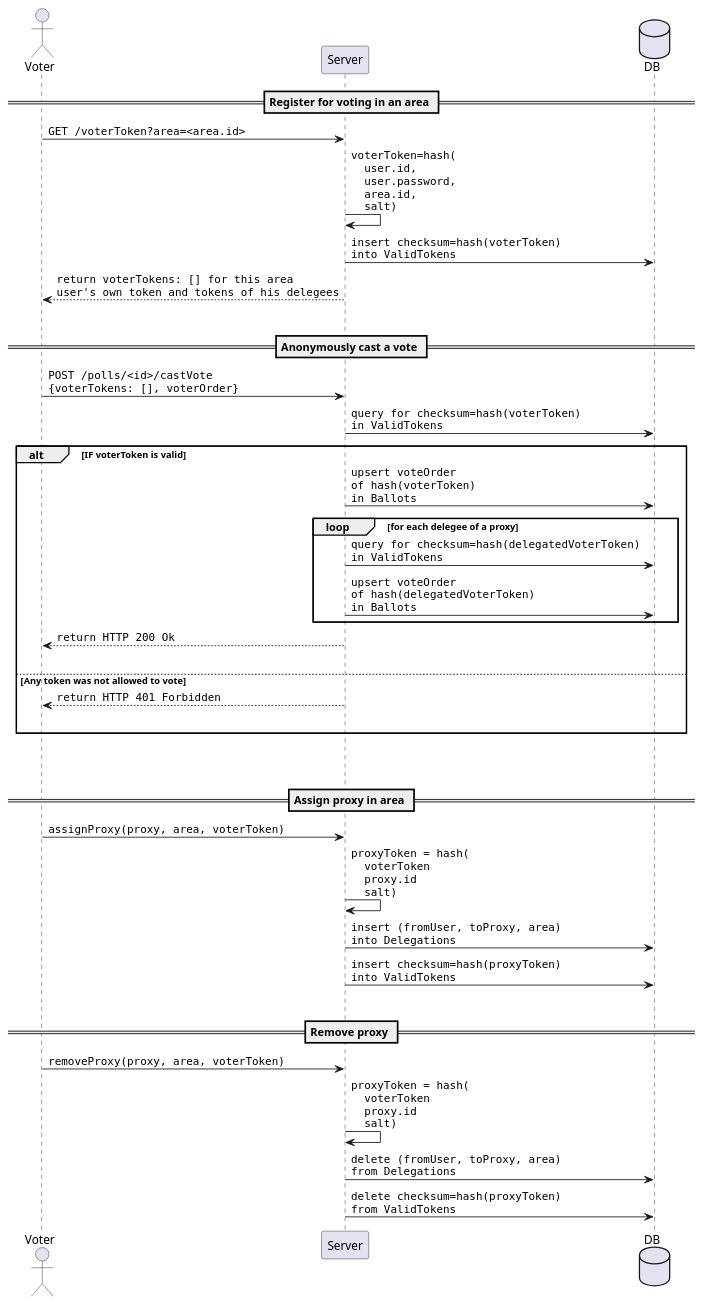
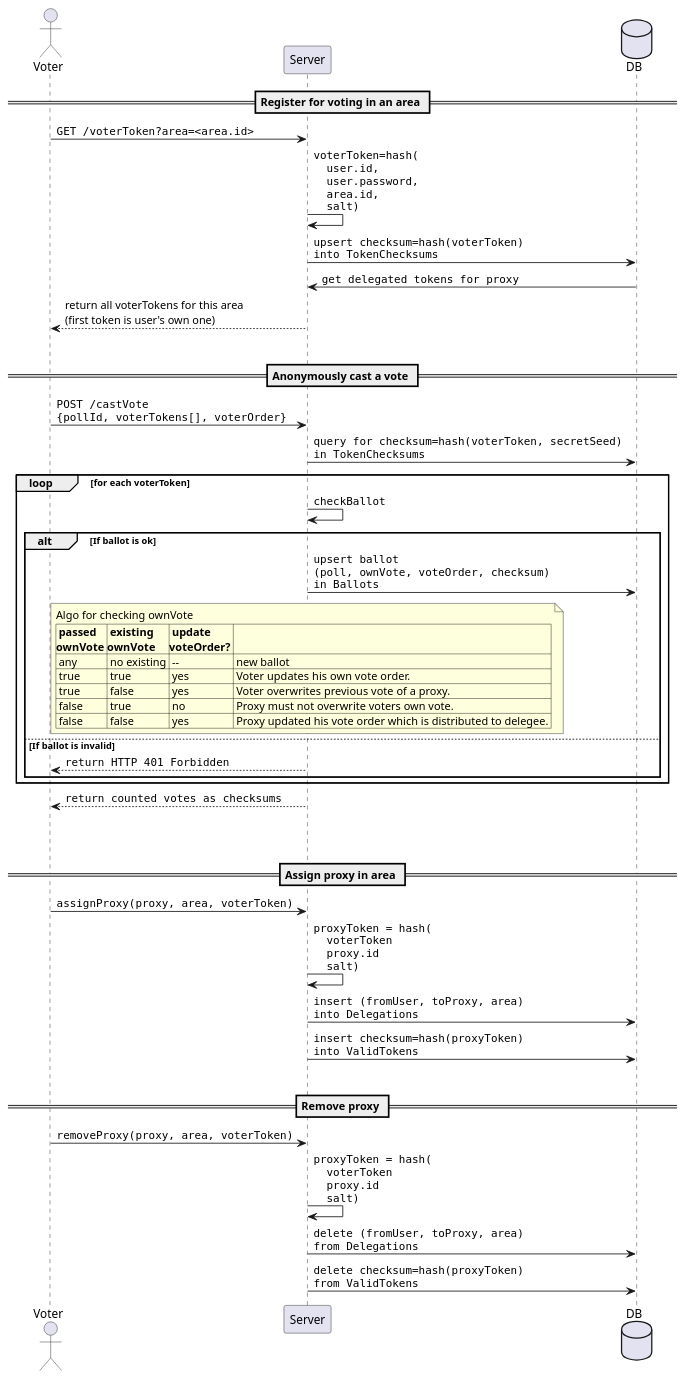
One commit to Doogiemuc/liquido-vue-frontend changed the diagram in doc/CastVote.plantuml. Above: the diagram before and after it, drawn with PlantUML. The commit also changed 3 other files, not shown here.

```diff
--- a/doc/CastVote.plantuml
+++ b/doc/CastVote.plantuml
@@ -1,71 +1,80 @@
 @startuml
 
 actor Voter order 10
 participant Server order 30
 database DB order 40
 
 == Register for voting in an area ==
 
 Voter -> Server : ""GET /voterToken?area=<area.id>""
 
 Server -> Server : ""voterToken=hash(""\n""  user.id,""\n""  user.password,""\n""  area.id,""\n""  salt)""
 
 database DB
-Server -> DB : ""insert checksum=hash(voterToken)""\n""into ValidTokens"" 
+Server -> DB : ""upsert checksum=hash(voterToken)""\n""into TokenChecksums""
 
-Voter <-- Server : ""return voterTokens: [] for this area""\n""user's own token and tokens of his delegees""
+DB -> Server : ""get delegated tokens for proxy""
+
+Voter <-- Server : return all voterTokens for this area\n(first token is user's own one)
 
 |||
 
 == Anonymously cast a vote ==
 
-Voter -> Server : ""POST /polls/<id>/castVote""\n""{voterTokens: [], voterOrder}""
+Voter -> Server : ""POST /castVote""\n""{pollId, voterTokens[], voterOrder}""
 
-Server -> DB : ""query for checksum=hash(voterToken)""\n""in ValidTokens""
+Server -> DB : ""query for checksum=hash(voterToken, secretSeed)""\n""in TokenChecksums""
 
-alt IF voterToken is valid
+loop for each voterToken
 
-  Server -> DB : ""upsert voteOrder""\n""of hash(voterToken)""\n""in Ballots""
+  Server -> Server: ""checkBallot""
 
-  loop for each delegee of a proxy
-    Server -> DB : ""query for checksum=hash(delegatedVoterToken)""\n""in ValidTokens""
-    Server -> DB : ""upsert voteOrder""\n""of hash(delegatedVoterToken)""\n""in Ballots""
+  alt If ballot is ok
+    Server -> DB : ""upsert ballot""\n""(poll, ownVote, voteOrder, checksum)""\n""in Ballots""
+
+    note over Server
+      Algo for checking ownVote
+      |= passed\nownVote |= existing\nownVote |= update\nvoteOrder? | |
+      | any   | no existing | -- | new ballot |
+      | true  | true  | yes | Voter updates his own vote order. |
+      | true  | false | yes | Voter overwrites previous vote of a proxy. |
+      | false | true  | no  | Proxy must not overwrite voters own vote. |
+      | false | false | yes | Proxy updated his vote order which is distributed to delegee. |
+    end note
+
+  else If ballot is invalid
+    Voter <-- Server : ""return HTTP 401 Forbidden""
   end
 
-  Voter <-- Server : ""return HTTP 200 Ok""
-  |||
-else Any token was not allowed to vote
-  
-  Voter <-- Server : ""return HTTP 401 Forbidden""
-  |||
+end
 
-end
+Voter <-- Server : ""return counted votes as checksums""
 
 
 ||50||
 
 == Assign proxy in area ==
 
 Voter -> Server : ""assignProxy(proxy, area, voterToken)""
 
 Server -> Server : ""proxyToken = hash(""\n""  voterToken""\n""  proxy.id""\n""  salt)""
 
 Server -> DB : ""insert (fromUser, toProxy, area)""\n""into Delegations""
 
-Server -> DB : ""insert checksum=hash(proxyToken)""\n""into ValidTokens"" 
+Server -> DB : ""insert checksum=hash(proxyToken)""\n""into ValidTokens""
 
 |||
 
 == Remove proxy ==
 
 Voter -> Server : ""removeProxy(proxy, area, voterToken)""
 
 Server -> Server : ""proxyToken = hash(""\n""  voterToken""\n""  proxy.id""\n""  salt)""
 
 Server -> DB : ""delete (fromUser, toProxy, area)""\n""from Delegations""
 
-Server -> DB : ""delete checksum=hash(proxyToken)""\n""from ValidTokens"" 
+Server -> DB : ""delete checksum=hash(proxyToken)""\n""from ValidTokens""
 
 
 
 @enduml
```
